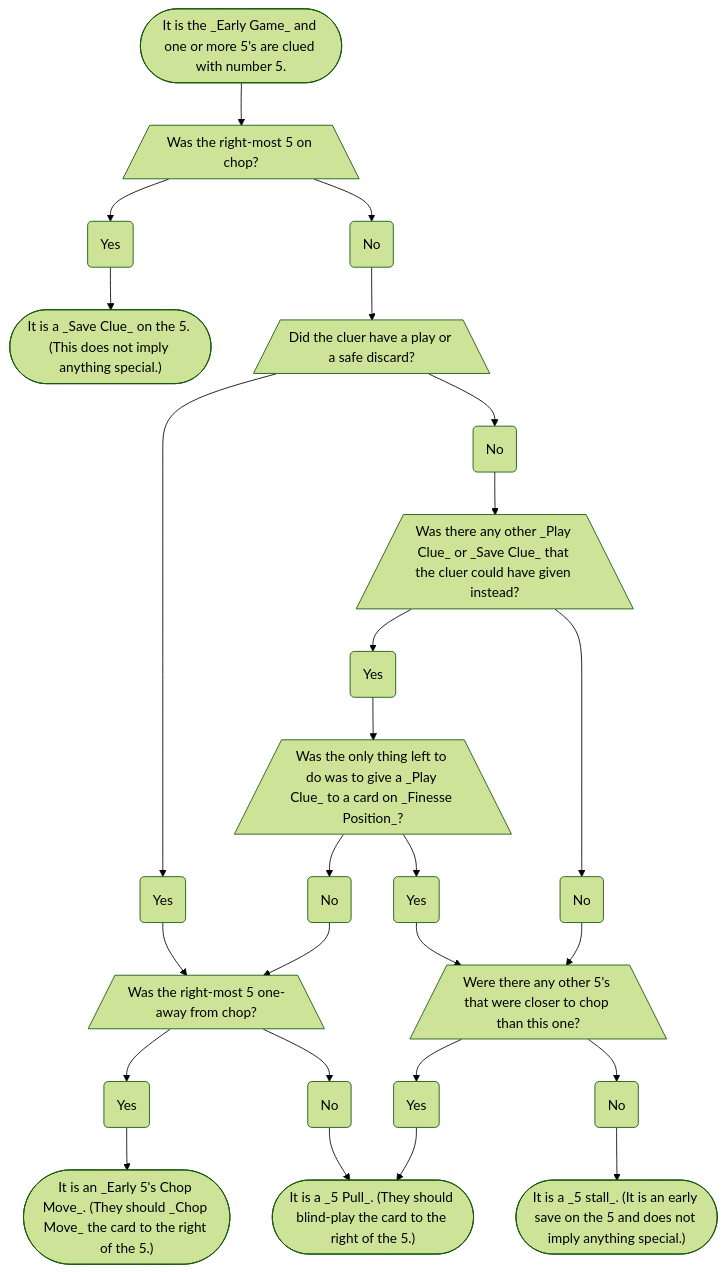
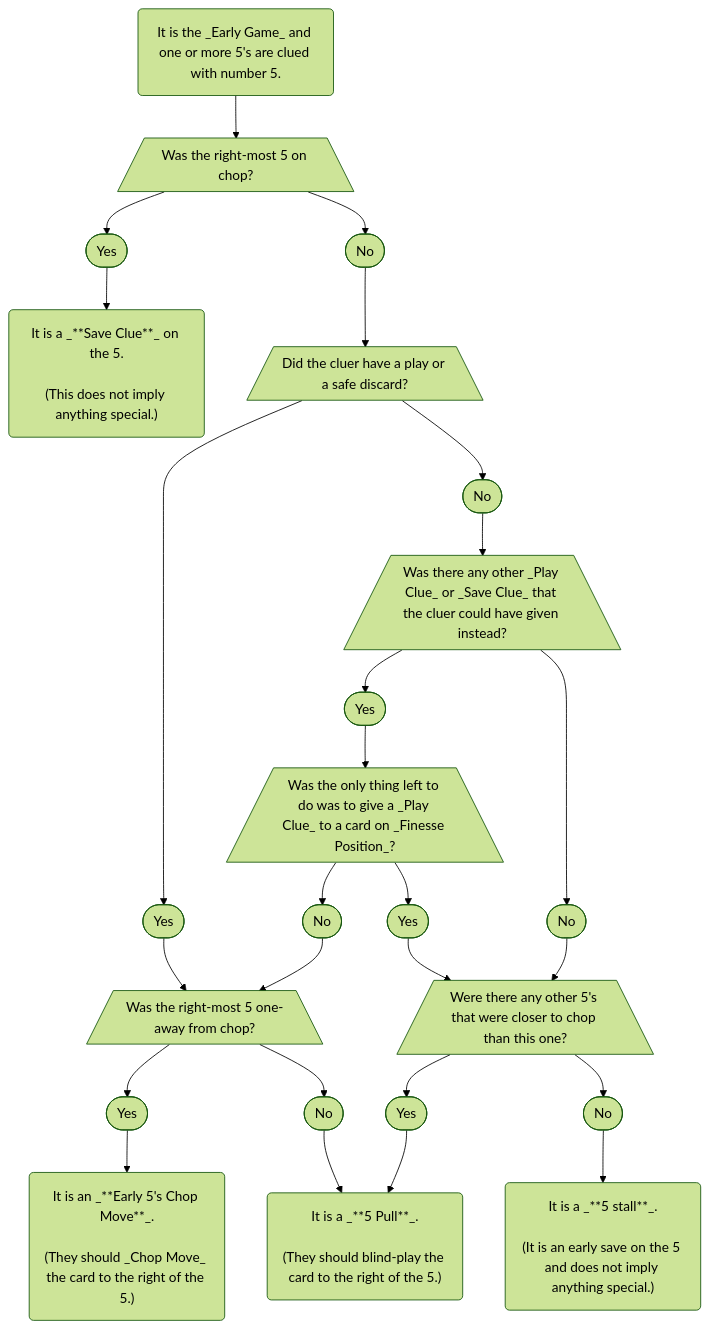
One commit to hanabi/hanabi.github.io changed the diagram in docs/level-19.mdx. Above: the diagram before and after it, drawn with Mermaid (forest theme). The commit also changed 1 other file, not shown here.

Commit message:
Changes to node shape and text formatting in Lvl 1 and 19 flowcharts

````diff
--- a/docs/level-19.mdx
+++ b/docs/level-19.mdx
@@ -208,56 +208,56 @@
 ```mermaid
 flowchart TD;
 
-S([It is the _Early Game_ and one or more 5's are clued with number 5.])
+S(It is the _Early Game_ and one or more 5's are clued with number 5.)
 D1[/Was the right-most 5 on chop?\]
-D1Y(Yes)
-D1N(No)
-D1YL(["It is a _Save Clue_ on the 5. (This does not imply anything special.)"])
+D1Y([Yes])
+D1N([No])
+D1YL("It is a _**Save Clue**_ on the 5.<br/ ><br/ >(This does not imply anything special.)")
 D2[/Did the cluer have a play or a safe discard?\]
-D2Y(Yes)
-D2N(No)
+D2Y([Yes])
+D2N([No])
 D3[/Was there any other _Play Clue_ or _Save Clue_ that the cluer could have given instead?\]
-D3Y(Yes)
-D3N(No)
+D3Y([Yes])
+D3N([No])
 D4[/Was the only thing left to do was to give a _Play Clue_ to a card on _Finesse Position_?\]
-D4Y(Yes)
-D4N(No)
+D4Y([Yes])
+D4N([No])
 D5[/Were there any other 5's that were closer to chop than this one?\]
-D5Y(Yes)
-D5N(No)
-D5NL(["It is a _5 stall_. (It is an early save on the 5 and does not imply anything special.)"])
+D5Y([Yes])
+D5N([No])
+D5NL("It is a _**5 stall**_.<br/ ><br/ >(It is an early save on the 5 and does not imply anything special.)")
 D6[/Was the right-most 5 one-away from chop?\]
-D6Y(Yes)
-D6N(No)
-D6YL(["It is an _Early 5's Chop Move_. (They should _Chop Move_ the card to the right of the 5.)"])
-D6NL(["It is a _5 Pull_. (They should blind-play the card to the right of the 5.)"])
+D6Y([Yes])
+D6N([No])
+D6YL("It is an _**Early 5's Chop Move**_.<br/ ><br/ >(They should _Chop Move_ the card to the right of the 5.)")
+D6NL("It is a _**5 Pull**_.<br/ ><br/ >(They should blind-play the card to the right of the 5.)")
 
 class D1Y,D2Y,D3Y,D4Y,D5Y,D6Y node-yes
 class D1N,D2N,D3N,D4N,D5N,D6N node-no
 
 S --> D1;
 D1 --> D1Y;
 D1 --> D1N;
 D1Y --> D1YL;
 D1N --> D2;
 D2 --> D2Y;
 D2 --> D2N;
 D2Y --> D6;
 D2N --> D3;
 D3 --> D3Y;
 D3 --> D3N;
 D3Y --> D4;
 D3N --> D5;
 D4 --> D4N;
 D4 --> D4Y;
 D4Y --> D5;
 D4N --> D6;
 D5 --> D5Y;
 D5 --> D5N;
 D5Y --> D6NL;
 D5N --> D5NL;
 D6 --> D6Y;
 D6 --> D6N;
 D6Y --> D6YL;
 D6N --> D6NL;
 ```
````
